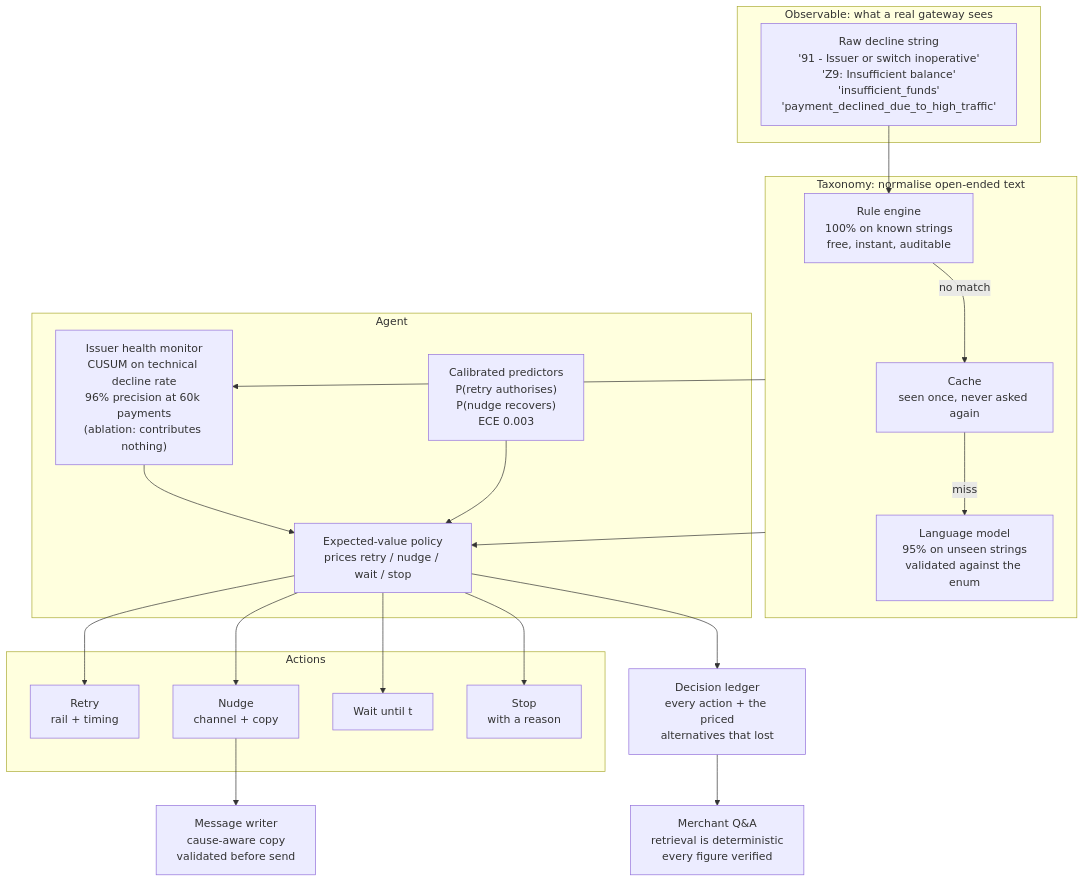
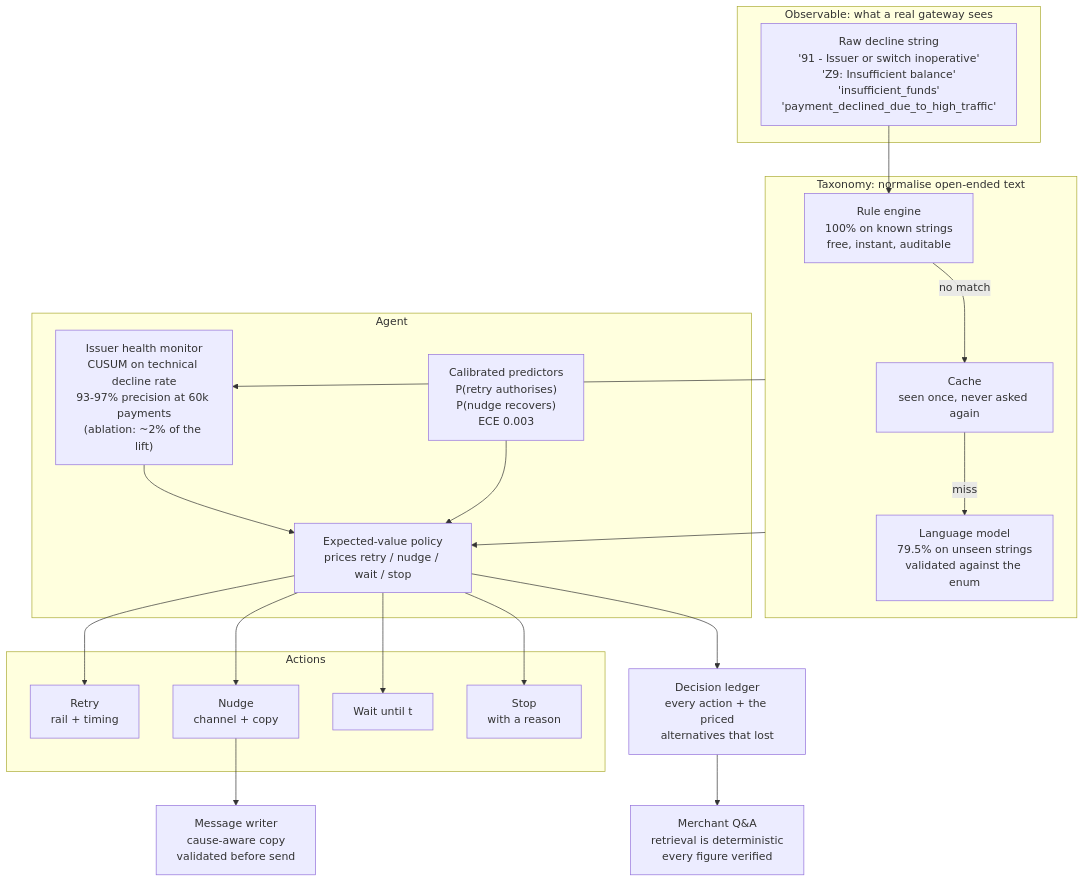
One commit to ishanrajsingh/kintsugi changed the diagram in ARCHITECTURE.md. Above: the diagram before and after it, drawn with Mermaid. The commit also changed other lines of this file and 2 other files, not shown here.

````diff
--- a/ARCHITECTURE.md
+++ b/ARCHITECTURE.md
@@ -69,39 +9,39 @@
 ```mermaid
 flowchart TB
     subgraph obs["Observable: what a real gateway sees"]
         RAW["Raw decline string<br/>'91 - Issuer or switch inoperative'<br/>'Z9: Insufficient balance'<br/>'insufficient_funds'<br/>'payment_declined_due_to_high_traffic'"]
     end
 
     subgraph tax["Taxonomy: normalise open-ended text"]
         RULES["Rule engine<br/>100% on known strings<br/>free, instant, auditable"]
         CACHE["Cache<br/>seen once, never asked again"]
-        LLM["Language model<br/>95% on unseen strings<br/>validated against the enum"]
+        LLM["Language model<br/>79.5% on unseen strings<br/>validated against the enum"]
         RULES -->|no match| CACHE -->|miss| LLM
     end
 
     subgraph agent["Agent"]
-        MON["Issuer health monitor<br/>CUSUM on technical decline rate<br/>96% precision at 60k payments<br/>(ablation: contributes nothing)"]
+        MON["Issuer health monitor<br/>CUSUM on technical decline rate<br/>93-97% precision at 60k payments<br/>(ablation: ~2% of the lift)"]
         PRED["Calibrated predictors<br/>P(retry authorises)<br/>P(nudge recovers)<br/>ECE 0.003"]
         EV["Expected-value policy<br/>prices retry / nudge / wait / stop"]
         MON --> EV
         PRED --> EV
     end
 
     subgraph act["Actions"]
         RETRY["Retry<br/>rail + timing"]
         NUDGE["Nudge<br/>channel + copy"]
         WAIT["Wait until t"]
         STOP["Stop<br/>with a reason"]
     end
 
     COPY["Message writer<br/>cause-aware copy<br/>validated before send"]
     LEDGER["Decision ledger<br/>every action + the priced<br/>alternatives that lost"]
     ASK["Merchant Q&A<br/>retrieval is deterministic<br/>every figure verified"]
 
     RAW --> RULES
     tax --> MON
     tax --> EV
     EV --> RETRY & NUDGE & WAIT & STOP
     NUDGE --> COPY
     EV --> LEDGER --> ASK
 ```
````
